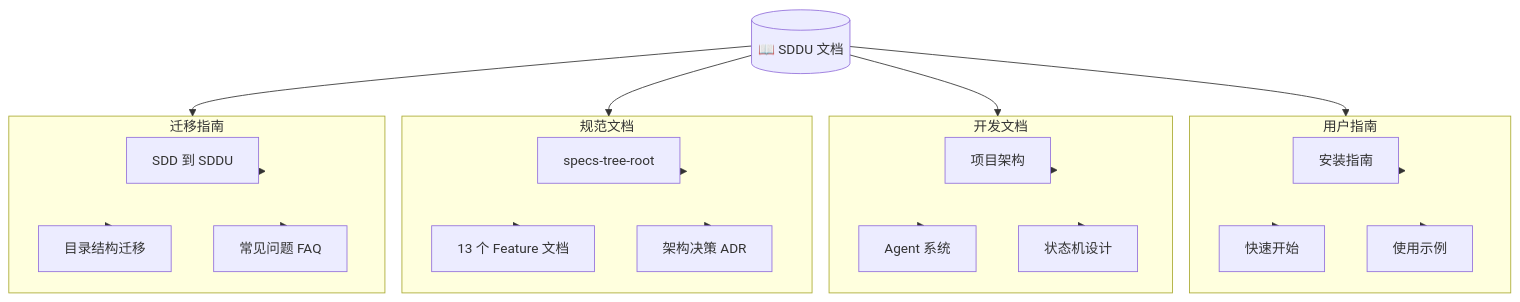
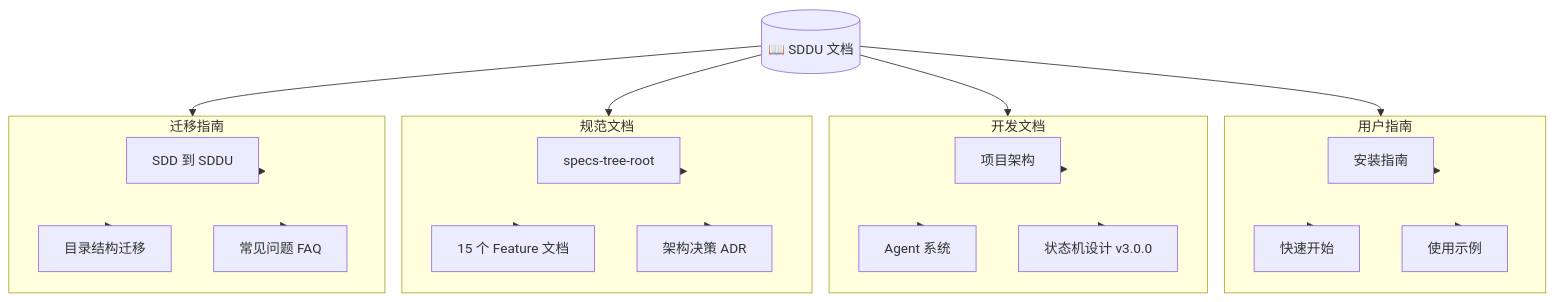
The fifth of 5 diagrams in README.md (THZSummer/sddu), drawn with Mermaid before and after one commit. The commit also changed other lines of this file, not shown here.

Commit message:
docs: 更新 README 至 v1.4.1 — 8 阶段工作流 + v3.0.0 两字段模型 + 15 Feature

````diff
--- a/README.md
+++ b/README.md
@@ -523,38 +583,38 @@
 ```mermaid
 flowchart TD
     root[("📖 SDDU 文档")]
-    
+
     subgraph Guide[用户指南]
         G1[安装指南]
         G2[快速开始]
         G3[使用示例]
     end
-    
+
     subgraph Dev[开发文档]
         D1[项目架构]
         D2[Agent 系统]
-        D3[状态机设计]
+        D3[状态机设计 v3.0.0]
     end
-    
+
     subgraph Spec[规范文档]
         S1[specs-tree-root]
-        S2[13 个 Feature 文档]
+        S2[15 个 Feature 文档]
         S3[架构决策 ADR]
     end
-    
+
     subgraph Mig[迁移指南]
         M1[SDD 到 SDDU]
         M2[目录结构迁移]
         M3[常见问题 FAQ]
     end
-    
+
     root --> Guide
     root --> Dev
     root --> Spec
     root --> Mig
-    
+
     Guide --> G1 & G2 & G3
     Dev --> D1 & D2 & D3
     Spec --> S1 & S2 & S3
     Mig --> M1 & M2 & M3
 ```
````
